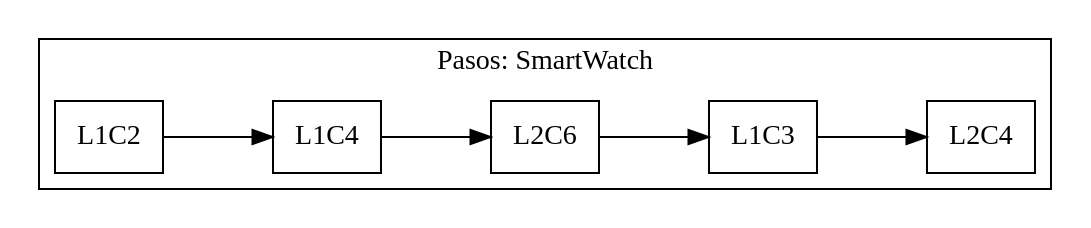
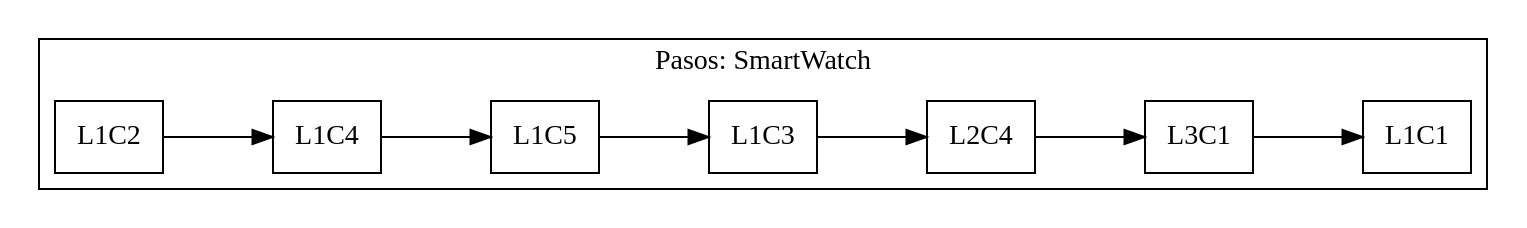
The diagram in Reportes/grafico.dot (Desquivel501/IPC2_Proyecto2_202010055), drawn with Graphviz before and after one commit. The commit also changed 6 other files, not shown here.

```diff
--- a/Reportes/grafico.dot
+++ b/Reportes/grafico.dot
@@ -1,23 +1,29 @@
 
         digraph L{
             node[shape=box]
 
             subgraph cluster_p{
                 label= "Pasos: SmartWatch "
 
                 nodo0[label = "L1C2"]
   nodo1[label = "L1C4"]
   nodo0->nodo1[label="        "]
 {rank=same; nodo0; nodo1}
-nodo2[label = "L2C6"]
+nodo2[label = "L1C5"]
   nodo1->nodo2[label="        "]
 {rank=same; nodo0; nodo2}
 nodo3[label = "L1C3"]
   nodo2->nodo3[label="        "]
 {rank=same; nodo0; nodo3}
 nodo4[label = "L2C4"]
   nodo3->nodo4[label="        "]
 {rank=same; nodo0; nodo4}
+nodo5[label = "L3C1"]
+  nodo4->nodo5[label="        "]
+{rank=same; nodo0; nodo5}
+nodo6[label = "L1C1"]
+  nodo5->nodo6[label="        "]
+{rank=same; nodo0; nodo6}
         
             }
         }
```
